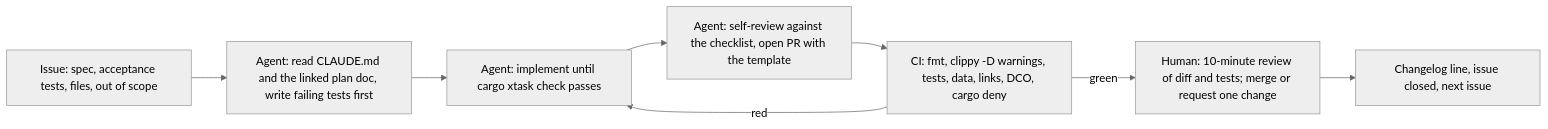
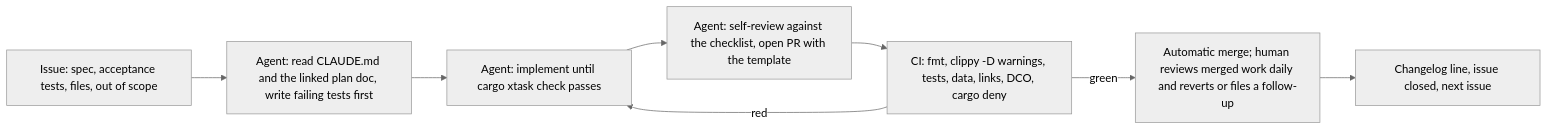
One commit to NeuralDEEPnet/openBrick changed the diagram in docs/plan/14-lean-ai-agent-development.md. Above: the diagram before and after it, drawn with Mermaid (neutral theme). The commit also changed other lines of this file and 3 other files, not shown here.

````diff
--- a/docs/plan/14-lean-ai-agent-development.md
+++ b/docs/plan/14-lean-ai-agent-development.md
@@ -43,10 +43,10 @@
 ```mermaid
 flowchart LR
   A["Issue: spec, acceptance tests, files, out of scope"] --> B["Agent: read CLAUDE.md and the linked plan doc, write failing tests first"]
   B --> C["Agent: implement until cargo xtask check passes"]
   C --> D["Agent: self-review against the checklist, open PR with the template"]
   D --> E["CI: fmt, clippy -D warnings, tests, data, links, DCO, cargo deny"]
   E -->|red| C
-  E -->|green| F["Human: 10-minute review of diff and tests; merge or request one change"]
+  E -->|green| F["Automatic merge; human reviews merged work daily and reverts or files a follow-up"]
   F --> G["Changelog line, issue closed, next issue"]
 ```
````
